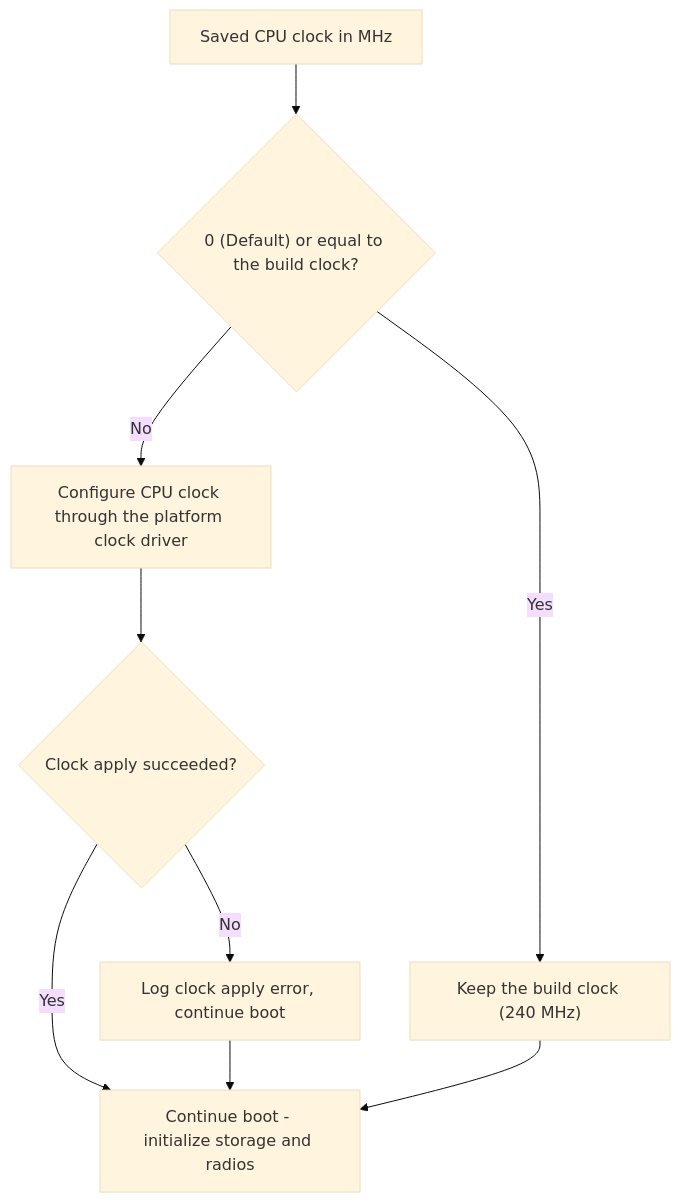
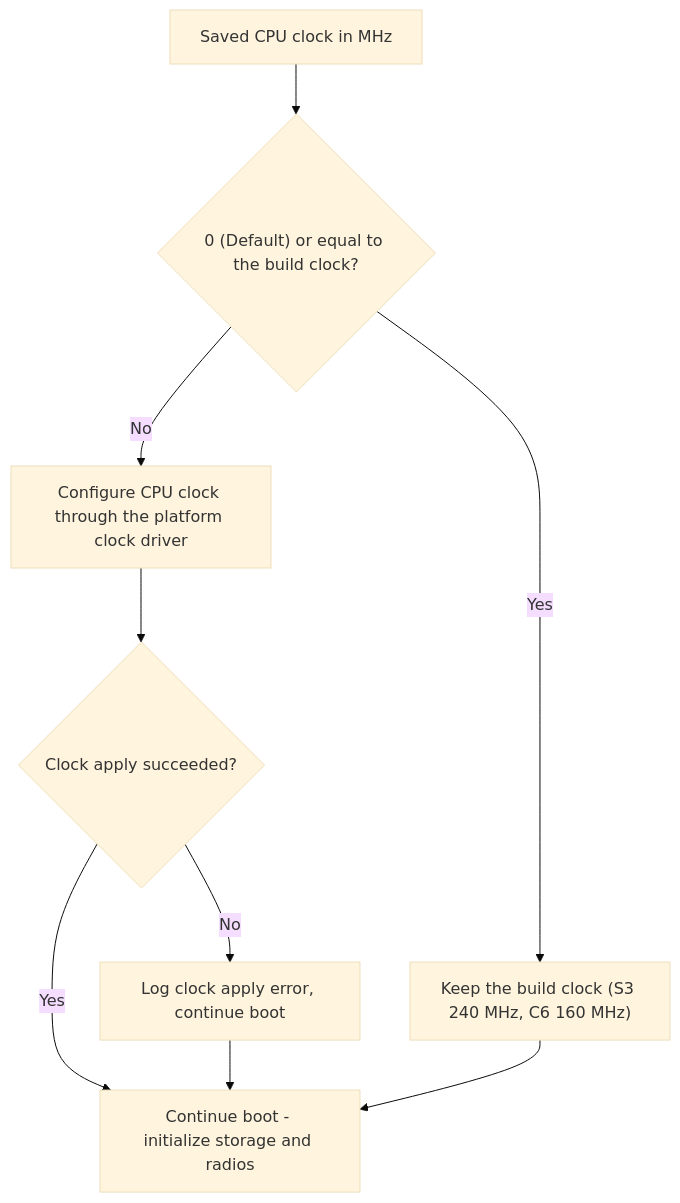
Before and after one commit to djwinter29-oss/ZephyrForge: the sixth of 6 diagrams in docs/reference/settings.md, drawn with Mermaid (base theme). The commit also changed other lines of this file and 73 other files, not shown here.

````diff
--- a/docs/reference/settings.md
+++ b/docs/reference/settings.md
@@ -263,11 +263,11 @@
 ```mermaid
 flowchart TD
     A["Saved CPU clock in MHz"] --> B{"0 (Default) or equal to the build clock?"}
-    B -->|Yes| Keep["Keep the build clock (240 MHz)"]
+    B -->|Yes| Keep["Keep the build clock (S3 240 MHz, C6 160 MHz)"]
     B -->|No| Cfg["Configure CPU clock through the platform clock driver"]
     Cfg --> Result{"Clock apply succeeded?"}
     Result -->|Yes| Run["Continue boot - initialize storage and radios"]
     Result -->|No| Warn["Log clock apply error, continue boot"]
     Warn --> Run
     Keep --> Run
 ```
````
